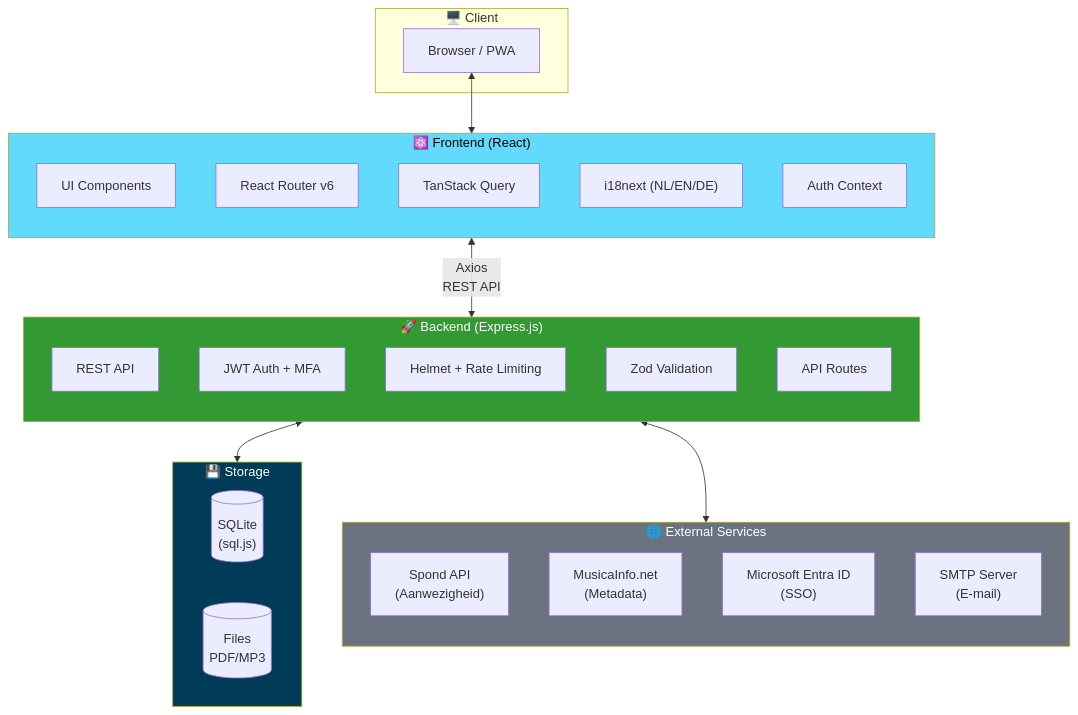
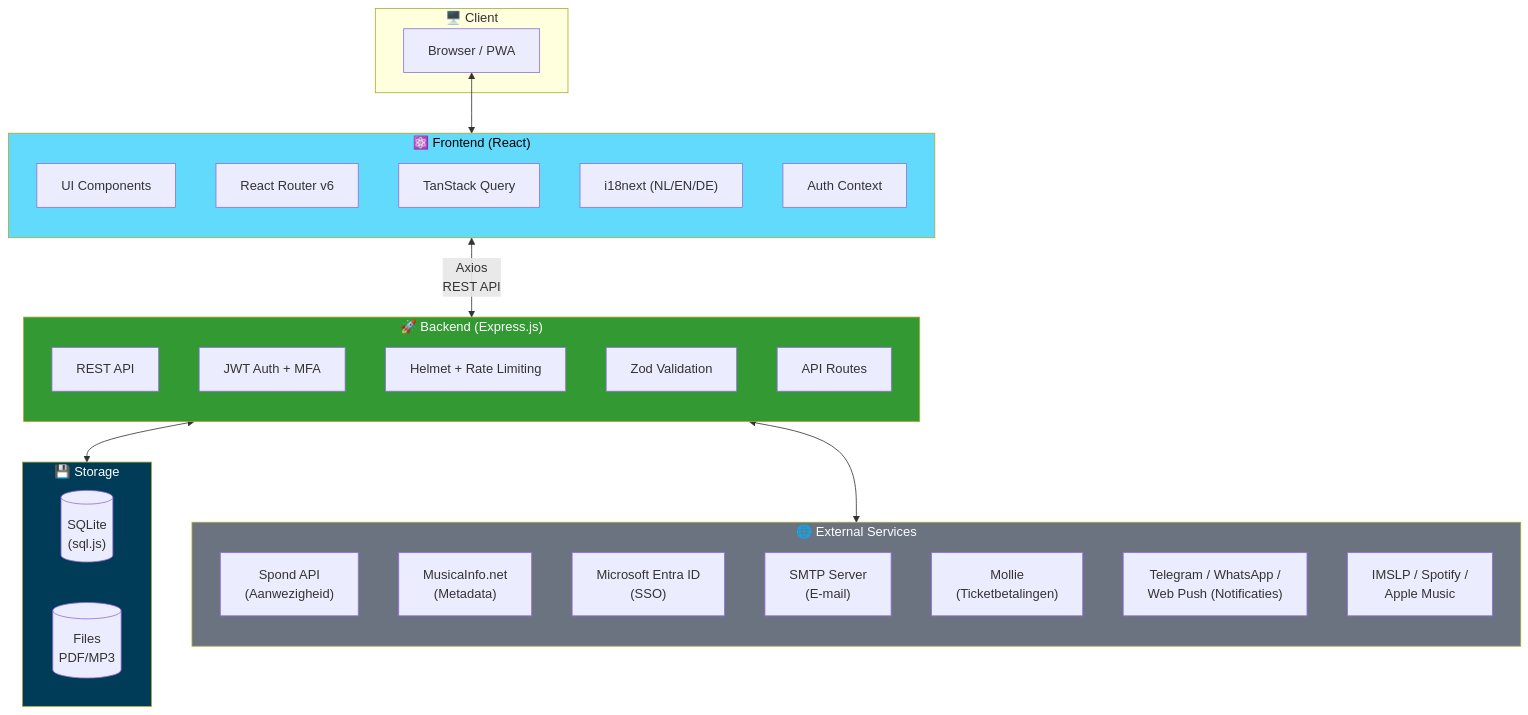
The first of 2 diagrams in README.nl.md (ruudsl/tutti), drawn with Mermaid before and after one commit. The commit also changed other lines of this file and 1 other file, not shown here.

First line of the commit message:
docs: update architecture diagrams with current external services

````diff
--- a/README.nl.md
+++ b/README.nl.md
@@ -42,48 +42,51 @@
 ```mermaid
 flowchart TB
     subgraph Client["🖥️ Client"]
         Browser["Browser / PWA"]
     end
 
     subgraph Frontend["⚛️ Frontend (React)"]
         direction TB
         UI["UI Components"]
         Router["React Router v6"]
         State["TanStack Query"]
         i18n["i18next (NL/EN/DE)"]
         Auth["Auth Context"]
     end
 
     subgraph Backend["🚀 Backend (Express.js)"]
         direction TB
         API["REST API"]
         JWT["JWT Auth + MFA"]
         Middleware["Helmet + Rate Limiting"]
         Validation["Zod Validation"]
         Routes["API Routes"]
     end
 
     subgraph Storage["💾 Storage"]
         direction LR
         SQLite[("SQLite\n(sql.js)")]
         Files[("Files\nPDF/MP3")]
     end
 
     subgraph External["🌐 External Services"]
         direction TB
         Spond["Spond API\n(Aanwezigheid)"]
         MusicaInfo["MusicaInfo.net\n(Metadata)"]
         Entra["Microsoft Entra ID\n(SSO)"]
         SMTP["SMTP Server\n(E-mail)"]
+        Mollie["Mollie\n(Ticketbetalingen)"]
+        Notifications["Telegram / WhatsApp /\nWeb Push (Notificaties)"]
+        Streaming["IMSLP / Spotify /\nApple Music"]
     end
 
     Browser <--> Frontend
     Frontend <-->|"Axios\nREST API"| Backend
     Backend <--> Storage
     Backend <--> External
 
     style Frontend fill:#61DAFB,color:#000
     style Backend fill:#339933,color:#fff
     style Storage fill:#003B57,color:#fff
     style External fill:#6B7280,color:#fff
 ```
````
